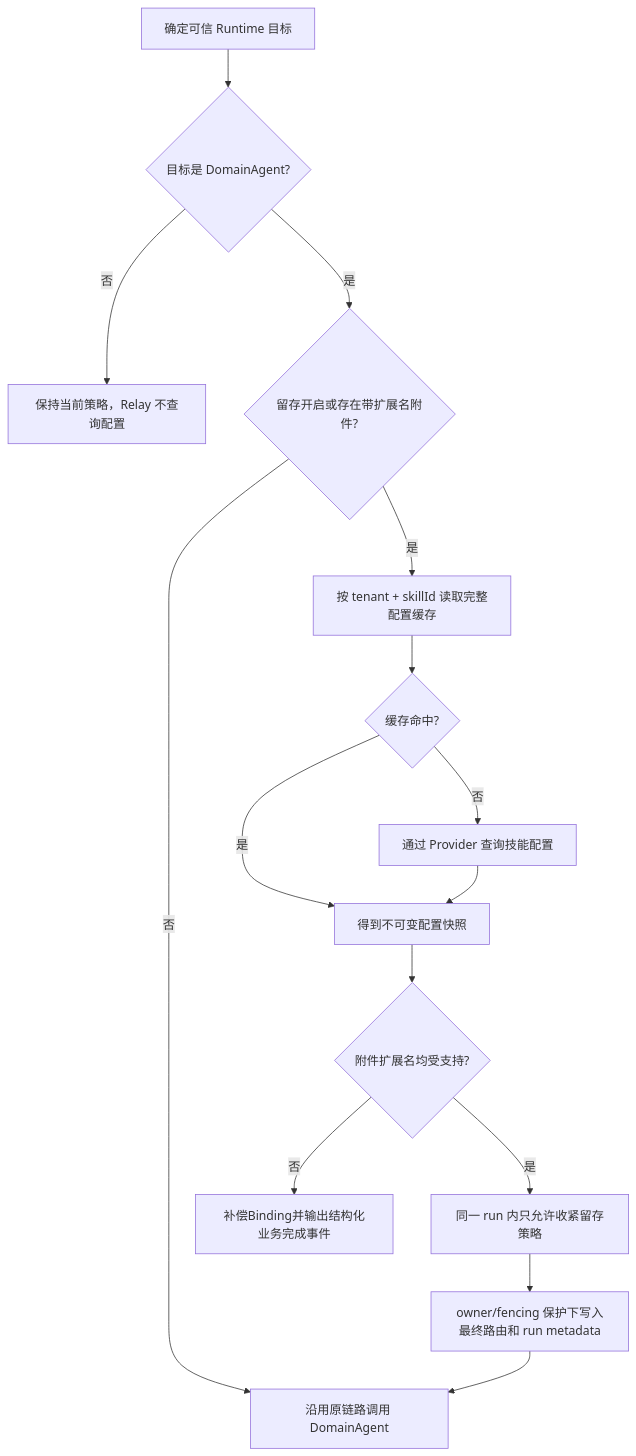
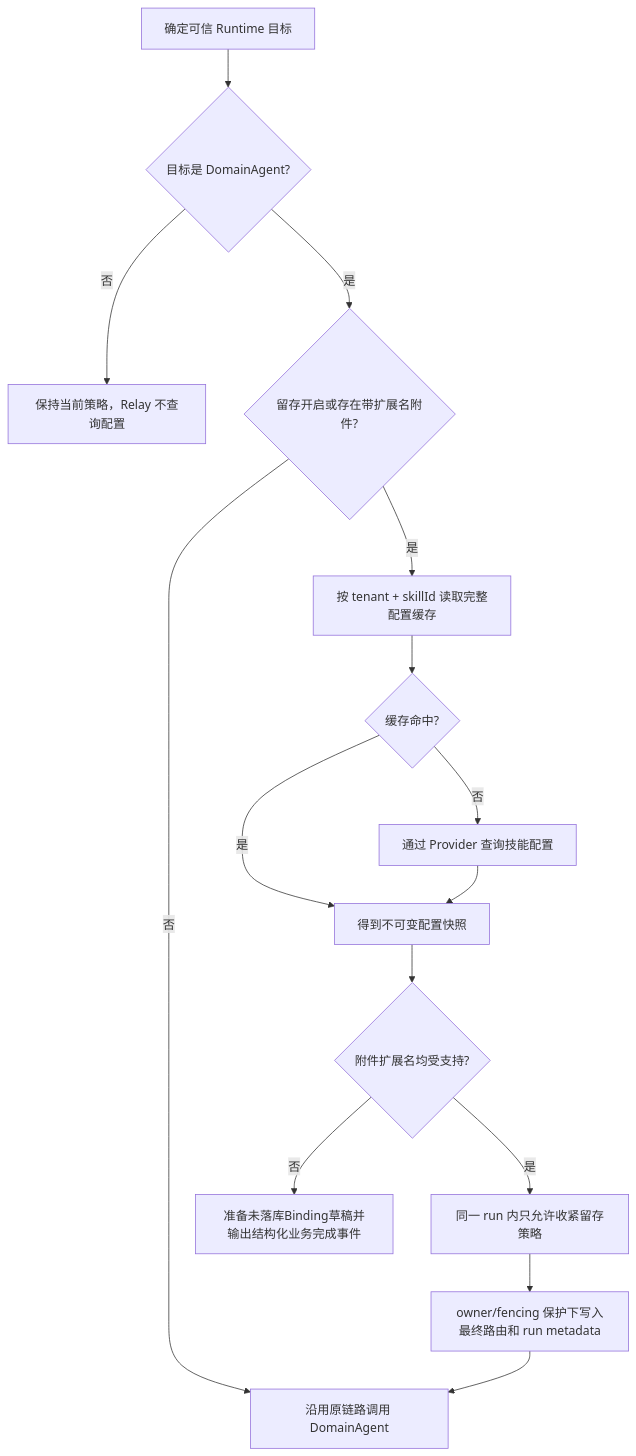
One commit to kunben-duck/exweb changed the diagram in docs/architecture/domain-agent-assistant-persistence.md. Above: the diagram before and after it, drawn with Mermaid. The commit also changed other lines of this file and 42 other files, not shown here.

````diff
--- a/docs/architecture/domain-agent-assistant-persistence.md
+++ b/docs/architecture/domain-agent-assistant-persistence.md
@@ -76,17 +76,17 @@
 ```mermaid
 flowchart TD
     A["确定可信 Runtime 目标"] --> B{"目标是 DomainAgent?"}
     B -- "否" --> C["保持当前策略，Relay 不查询配置"]
     B -- "是" --> D{"留存开启或存在带扩展名附件?"}
     D -- "否" --> J["沿用原链路调用 DomainAgent"]
     D -- "是" --> E["按 tenant + skillId 读取完整配置缓存"]
     E --> K{"缓存命中?"}
     K -- "是" --> F["得到不可变配置快照"]
     K -- "否" --> G["通过 Provider 查询技能配置"]
     G --> F
     F --> H{"附件扩展名均受支持?"}
-    H -- "否" --> L["补偿Binding并输出结构化业务完成事件"]
+    H -- "否" --> L["准备未落库Binding草稿并输出结构化业务完成事件"]
     H -- "是" --> M["同一 run 内只允许收紧留存策略"]
     M --> I["owner/fencing 保护下写入最终路由和 run metadata"]
     I --> J
 ```
````
